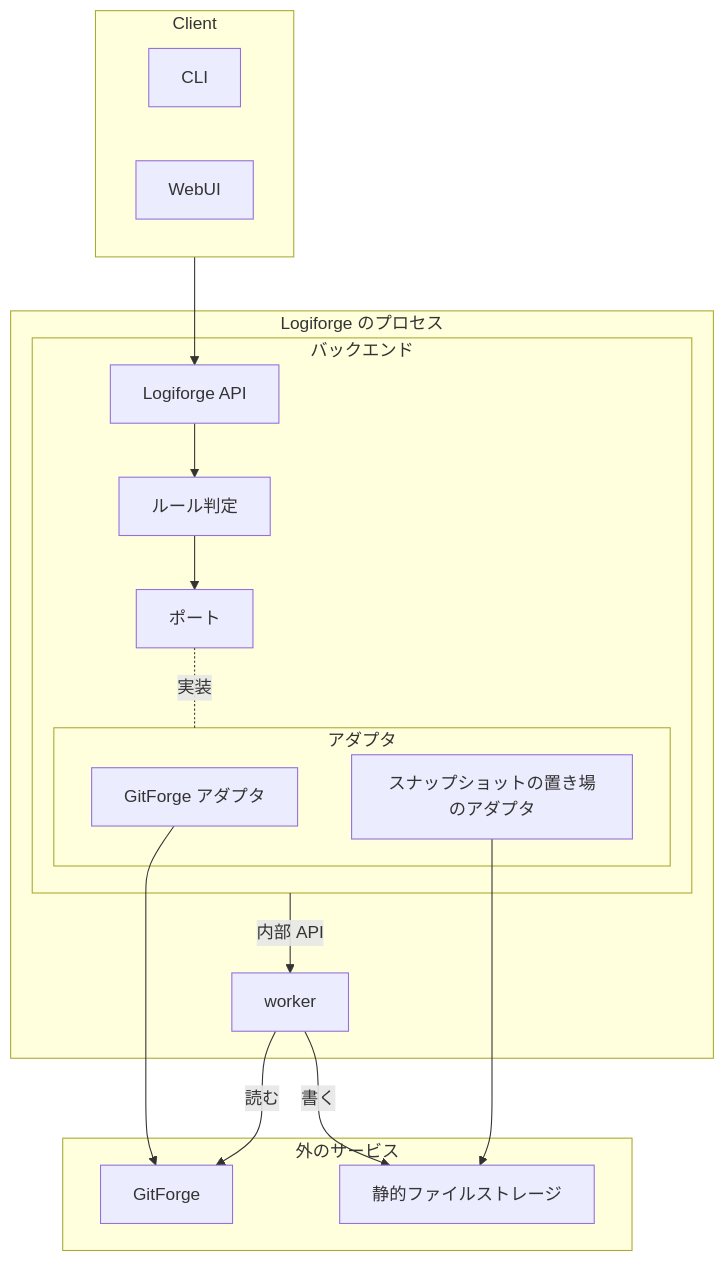
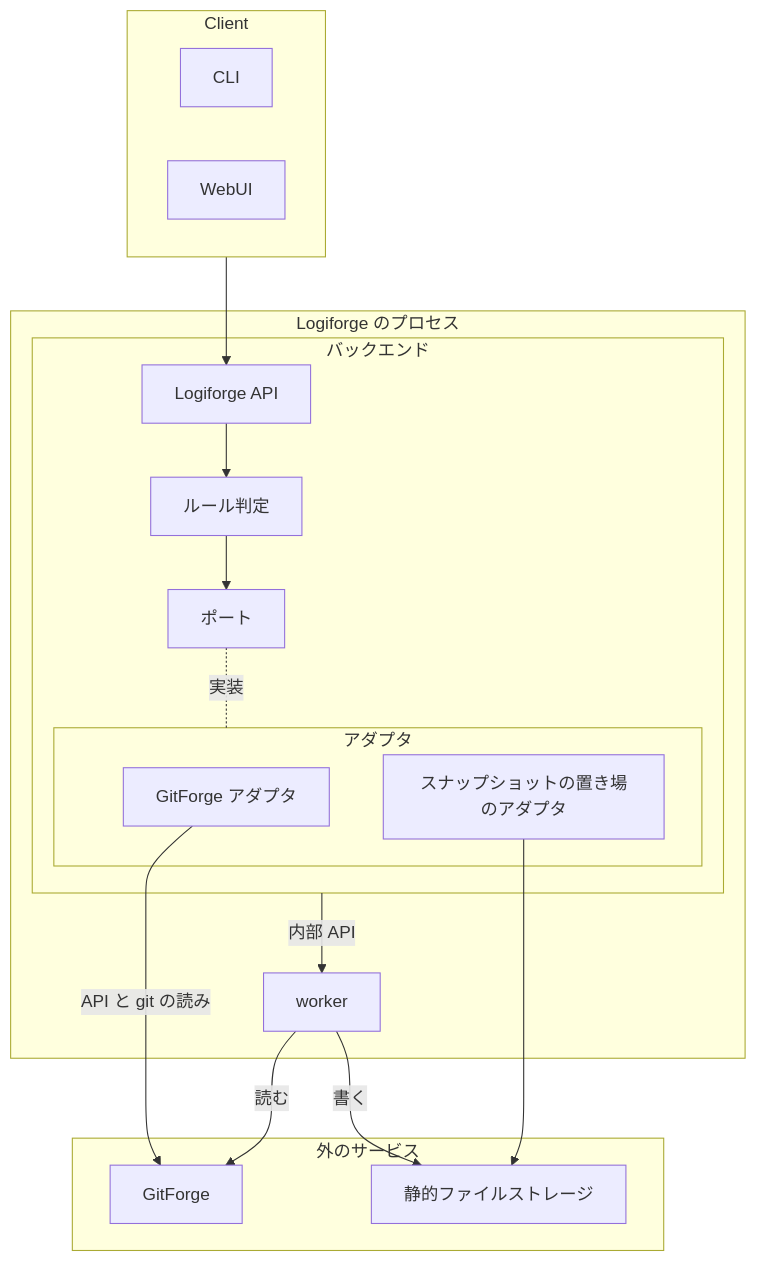
One commit to yamambainc/logiforge changed the diagram in design/architecture.md. Above: the diagram before and after it, drawn with Mermaid. The commit also changed other lines of this file and 2 other files, not shown here.

Commit message:
design: 作業用の複製の大きさ、作成の時点の base の注記、図の GitForge への線のラベル

````diff
--- a/design/architecture.md
+++ b/design/architecture.md
@@ -8,32 +8,32 @@
 ```mermaid
 flowchart TB
   subgraph CL["Client"]
     CLI["CLI"]
     WEB["WebUI"]
   end
   subgraph LP["Logiforge のプロセス"]
     subgraph BE["バックエンド"]
       API["Logiforge API"]
       RULE["ルール判定"]
       PT["ポート"]
       subgraph AD["アダプタ"]
         FA["GitForge アダプタ"]
         SSA["スナップショットの置き場のアダプタ"]
       end
     end
     W["worker"]
   end
   subgraph EX["外のサービス"]
     FG["GitForge"]
     OBJ["静的ファイルストレージ"]
   end
   CL --> API
   API --> RULE
   RULE --> PT
   PT -.-|実装| AD
   BE -->|内部 API| W
-  FA --> FG
+  FA -->|API と git の読み| FG
   SSA --> OBJ
   W -->|読む| FG
   W -->|書く| OBJ
 ```
````
